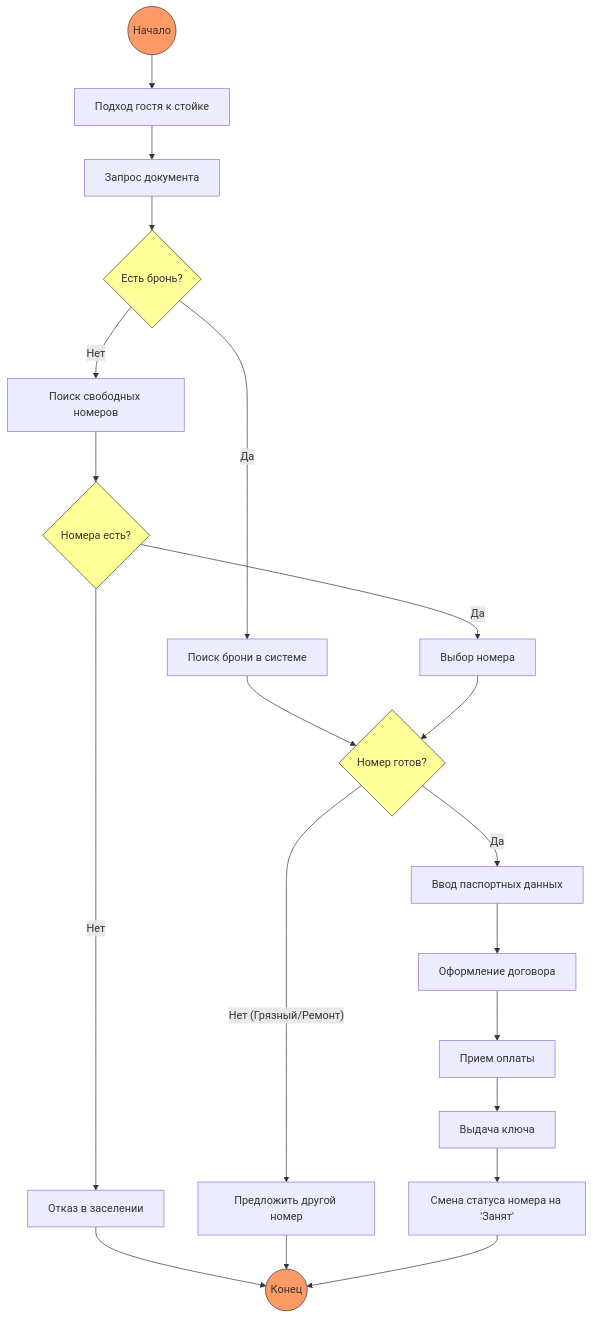
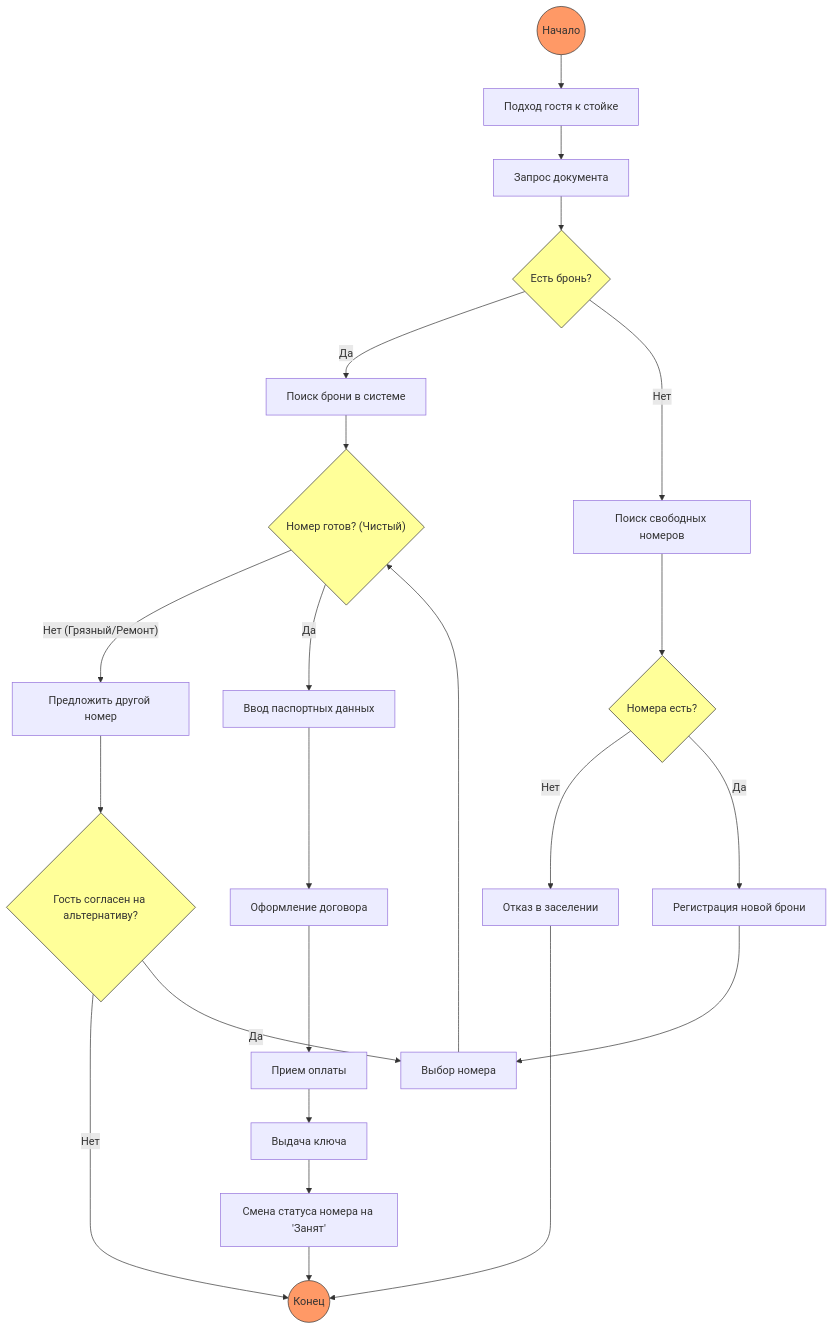
Before and after one commit to Ekaterina-CyberDev/PPO: the first of 2 diagrams in docs/03_activity_process.md, drawn with Mermaid. The commit also changed other lines of this file, not shown here.

````diff
--- a/docs/03_activity_process.md
+++ b/docs/03_activity_process.md
@@ -24,35 +24,40 @@
 ```mermaid
 flowchart TD
     Start((Начало)) --> Step1["Подход гостя к стойке"]
     Step1 --> Step2["Запрос документа"]
     Step2 --> Decision1{"Есть бронь?"}
 
     Decision1 -- Да --> Step3["Поиск брони в системе"]
     Decision1 -- Нет --> Step4["Поиск свободных номеров"]
     
     Step4 --> Decision2{"Номера есть?"}
     Decision2 -- Нет --> Step5["Отказ в заселении"]
     Step5 --> End((Конец))
     
-    Decision2 -- Да --> Step6["Выбор номера"]
+    Decision2 -- Да --> StepReg["Регистрация новой брони"]
+    StepReg --> Step6["Выбор номера"]
     
-    Step3 --> Decision3{"Номер готов?"}
+    Step3 --> Decision3{"Номер готов? (Чистый)"}
     Step6 --> Decision3
     
     Decision3 -- Нет (Грязный/Ремонт) --> Step7["Предложить другой номер"]
-    Step7 --> End
+    
+    %% Исправление преподавателя: цикл, если гость согласен
+    Step7 --> Decision4{"Гость согласен на альтернативу?"}
+    Decision4 -- Нет --> End
+    Decision4 -- Да --> Step6
     
     Decision3 -- Да --> Step8["Ввод паспортных данных"]
     Step8 --> Step9["Оформление договора"]
     Step9 --> Step10["Прием оплаты"]
     Step10 --> Step11["Выдача ключа"]
     Step11 --> Step12["Смена статуса номера на 'Занят'"]
     Step12 --> End
 
-    %% Стили для красоты
     style Start fill:#f96,stroke:#333
     style End fill:#f96,stroke:#333
     style Decision1 fill:#ff9,stroke:#333
     style Decision2 fill:#ff9,stroke:#333
-    style Decision3 fill:#ff9,stroke:#333  
+    style Decision3 fill:#ff9,stroke:#333
+    style Decision4 fill:#ff9,stroke:#333 
 ```
````
